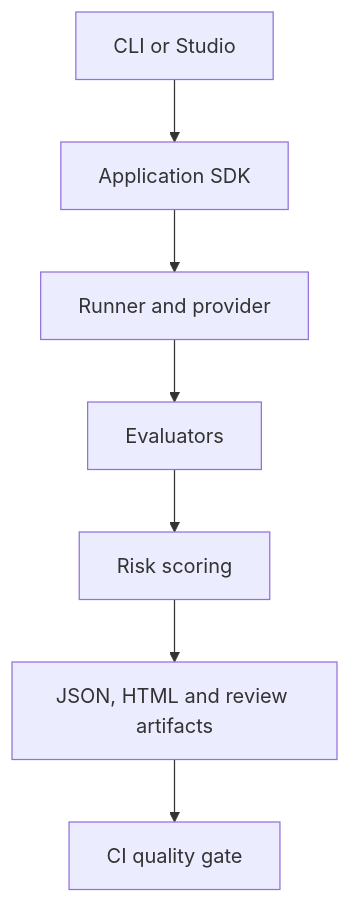
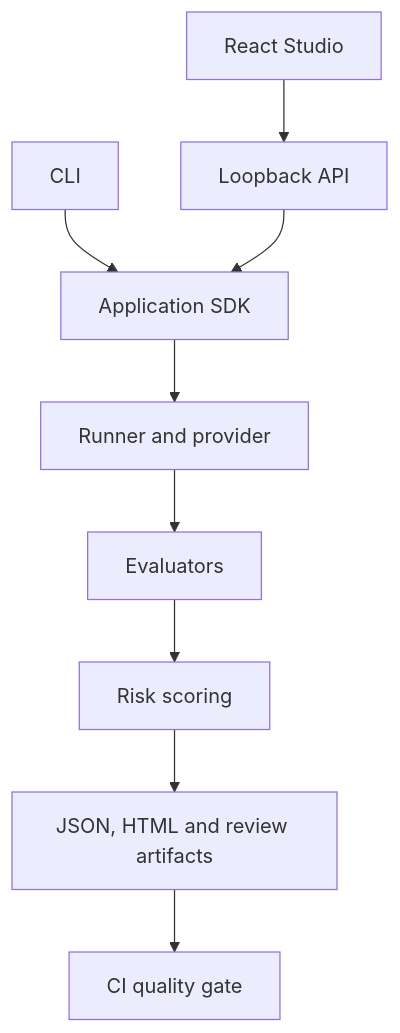
Before and after one commit to TriVip/llm-eval-kit: the diagram in docs/ARCHITECTURE.md, drawn with Mermaid. The commit also changed other lines of this file and 2 other files, not shown here.

````diff
--- a/docs/ARCHITECTURE.md
+++ b/docs/ARCHITECTURE.md
@@ -5,9 +5,11 @@
 ```mermaid
 flowchart TD
-  A[CLI or Studio] --> B[Application SDK]
+  A[CLI] --> B[Application SDK]
+  H[React Studio] --> I[Loopback API]
+  I --> B
   B --> C[Runner and provider]
   C --> D[Evaluators]
   D --> E[Risk scoring]
   E --> F[JSON, HTML and review artifacts]
   F --> G[CI quality gate]
 ```
````
